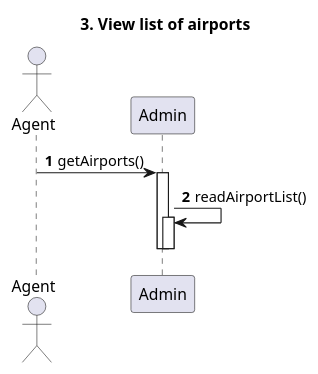
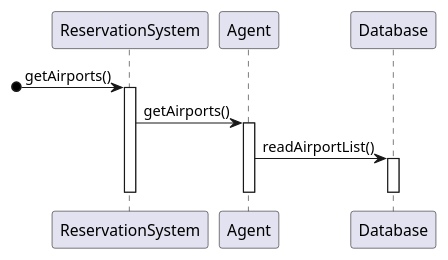
Before and after one commit to Ochirgarid/mpp-project: the diagram in diagrams/plantuml/3-2-sequence-diagram.md, drawn with PlantUML. The commit also changed 11 other files, not shown here.

Commit message:
diagrams updated

````diff
--- a/diagrams/plantuml/3-2-sequence-diagram.md
+++ b/diagrams/plantuml/3-2-sequence-diagram.md
@@ -1,15 +1,14 @@
 ```plantuml
 @startuml
-title 3. View list of airports
-
-Actor Agent
-autonumber
-Agent -> Admin : getAirports()
-activate Admin
-Admin -> Admin : readAirportList()
-activate Admin
-deactivate Admin
-deactivate Admin
+[o-> ReservationSystem : getAirports()
+activate ReservationSystem
+ReservationSystem -> Agent: getAirports()
+activate Agent
+Agent -> Database : readAirportList()
+activate Database
+deactivate Database
+deactivate Agent
+deactivate ReservationSystem
 
 @enduml
 ```
````
